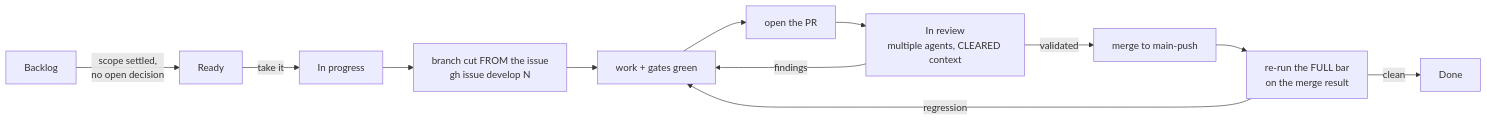
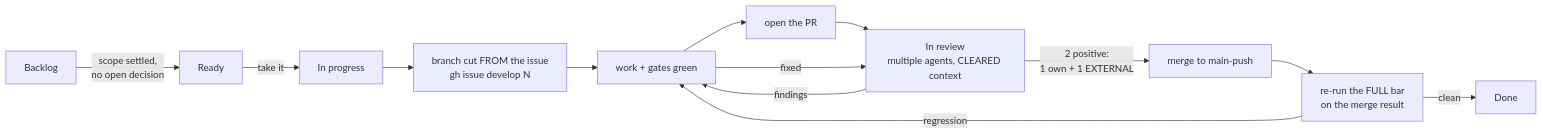
One commit to kebag-logic/milan-fpga changed the diagram in CONTRIBUTING.md. Above: the diagram before and after it, drawn with Mermaid. The commit also changed other lines of this file, not shown here.

Commit message:
Two positive reviews are the merge bar and one must be EXTERNAL: a lane reviewing only itself converges on its own premises however many agents it spawns, and the round that finds the bugs is never the sign-off for their fixes

````diff
--- a/CONTRIBUTING.md
+++ b/CONTRIBUTING.md
@@ -41,14 +41,15 @@
 ```mermaid
 flowchart LR
     B[Backlog] -->|scope settled,<br/>no open decision| R[Ready]
     R -->|take it| P[In progress]
     P --> BR[branch cut FROM the issue<br/>gh issue develop N]
     BR --> W[work + gates green]
     W --> PR[open the PR]
     PR --> RV[In review<br/>multiple agents, CLEARED context]
     RV -->|findings| W
-    RV -->|validated| M[merge to main-push]
+    W -->|fixed| RV
+    RV -->|2 positive:<br/>1 own + 1 EXTERNAL| M[merge to main-push]
     M --> G[re-run the FULL bar<br/>on the merge result]
     G -->|regression| W
     G -->|clean| D[Done]
 ```
````
